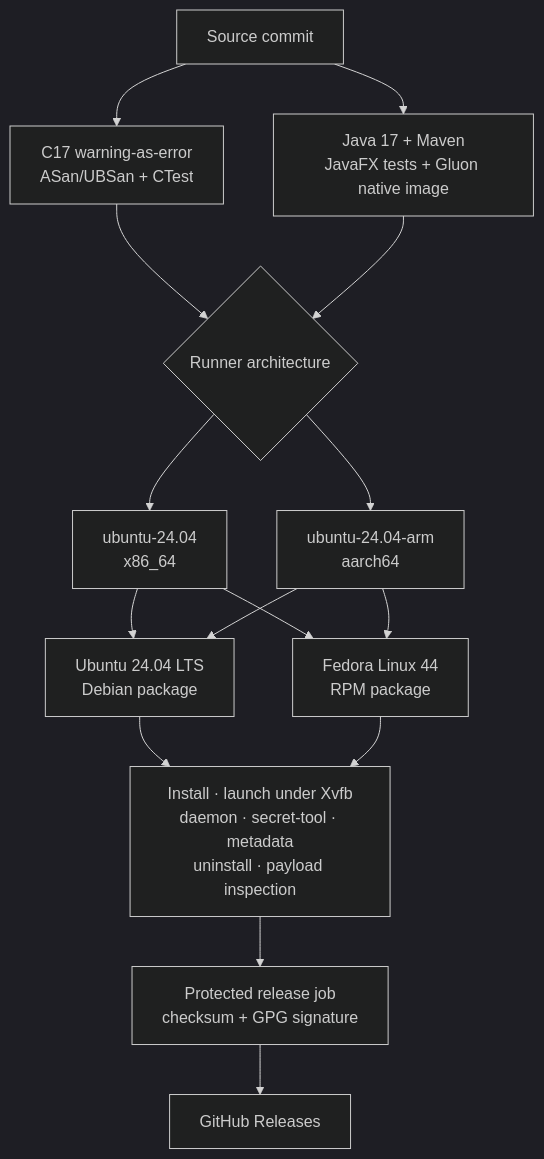
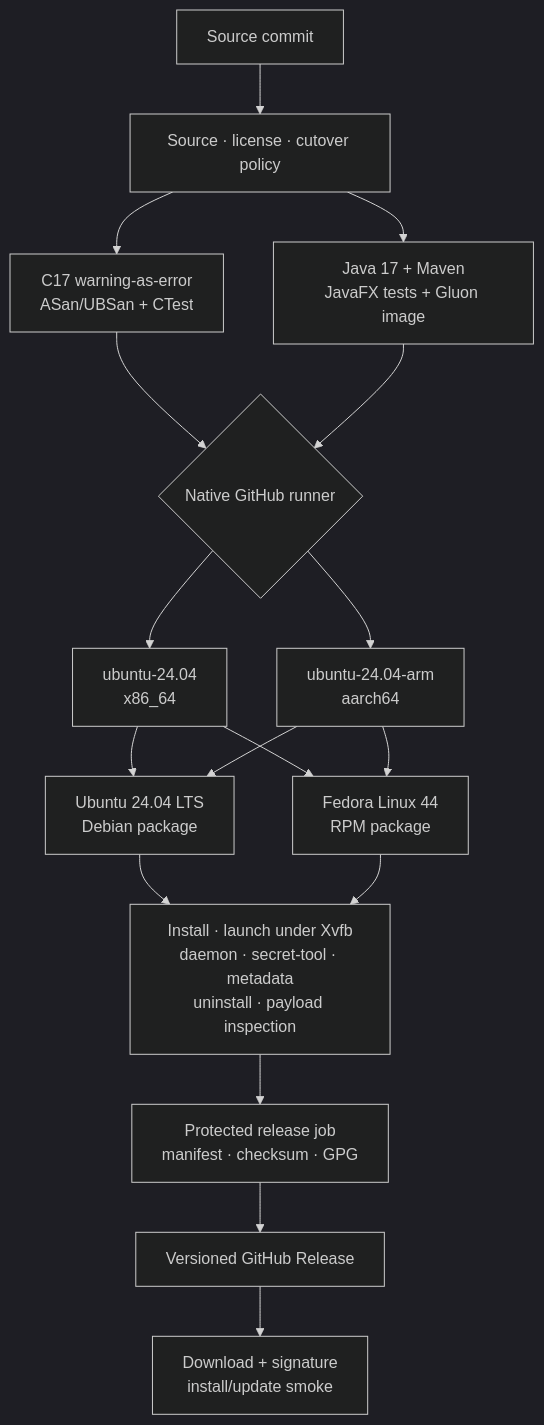
Before and after one commit to JohnThre/clambhook: the diagram in packaging/README.md, drawn with Mermaid (dark theme). The commit also changed other lines of this file and 28 other files, not shown here.

Commit message:
Refresh documentation and diagrams

````diff
--- a/packaging/README.md
+++ b/packaging/README.md
@@ -48,17 +48,19 @@
 ```mermaid
 flowchart TD
-    commit["Source commit"] --> native["C17 warning-as-error<br/>ASan/UBSan + CTest"]
-    commit --> javafx["Java 17 + Maven<br/>JavaFX tests + Gluon native image"]
-    native --> matrix{"Runner architecture"}
+    commit["Source commit"] --> policy["Source · license · cutover policy"]
+    policy --> native["C17 warning-as-error<br/>ASan/UBSan + CTest"]
+    policy --> javafx["Java 17 + Maven<br/>JavaFX tests + Gluon image"]
+    native --> matrix{"Native GitHub runner"}
     javafx --> matrix
     matrix --> x64["ubuntu-24.04<br/>x86_64"]
     matrix --> arm["ubuntu-24.04-arm<br/>aarch64"]
     x64 --> ubuntu["Ubuntu 24.04 LTS<br/>Debian package"]
     arm --> ubuntu
     x64 --> fedora["Fedora Linux 44<br/>RPM package"]
     arm --> fedora
     ubuntu --> inspect["Install · launch under Xvfb<br/>daemon · secret-tool · metadata<br/>uninstall · payload inspection"]
     fedora --> inspect
-    inspect --> protected["Protected release job<br/>checksum + GPG signature"]
-    protected --> github["GitHub Releases"]
+    inspect --> protected["Protected release job<br/>manifest · checksum · GPG"]
+    protected --> github["Versioned GitHub Release"]
+    github --> verify["Download + signature<br/>install/update smoke"]
 ```
````
